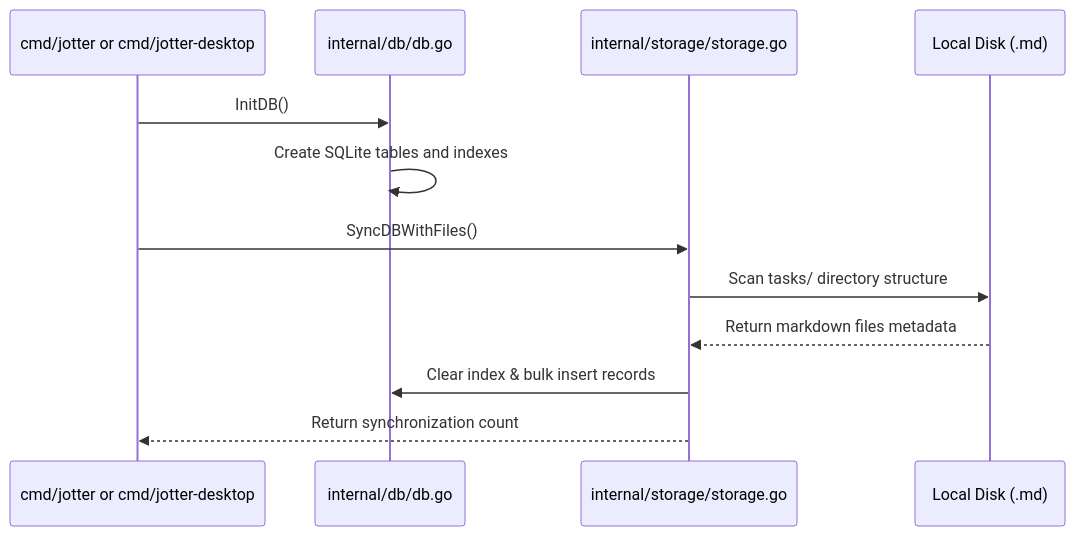
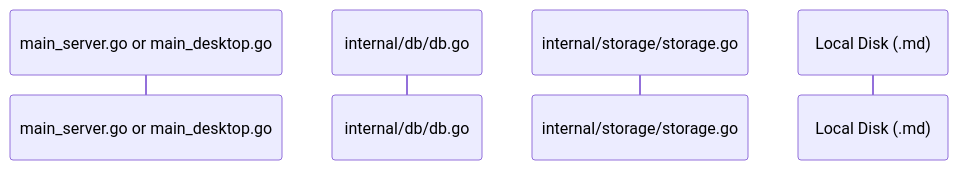
One commit to simon123h/Jotter changed the fourth of 4 diagrams in docs/developer/architecture.md. Above: the diagram before and after it, drawn with Mermaid.

Commit message:
docs: adjust names of main files in arch docs

````diff
--- a/docs/developer/architecture.md
+++ b/docs/developer/architecture.md
@@ -102,15 +102,7 @@
 ```mermaid
 sequenceDiagram
-    participant Main as cmd/jotter or cmd/jotter-desktop
+    participant Main as main_server.go or main_desktop.go
     participant DB as internal/db/db.go
     participant Storage as internal/storage/storage.go
     participant Disk as Local Disk (.md)
-
-    Main->>DB: InitDB()
-    DB->>DB: Create SQLite tables and indexes
-    Main->>Storage: SyncDBWithFiles()
-    Storage->>Disk: Scan tasks/ directory structure
-    Disk-->>Storage: Return markdown files metadata
-    Storage->>DB: Clear index & bulk insert records
-    Storage-->>Main: Return synchronization count
 ```
````
